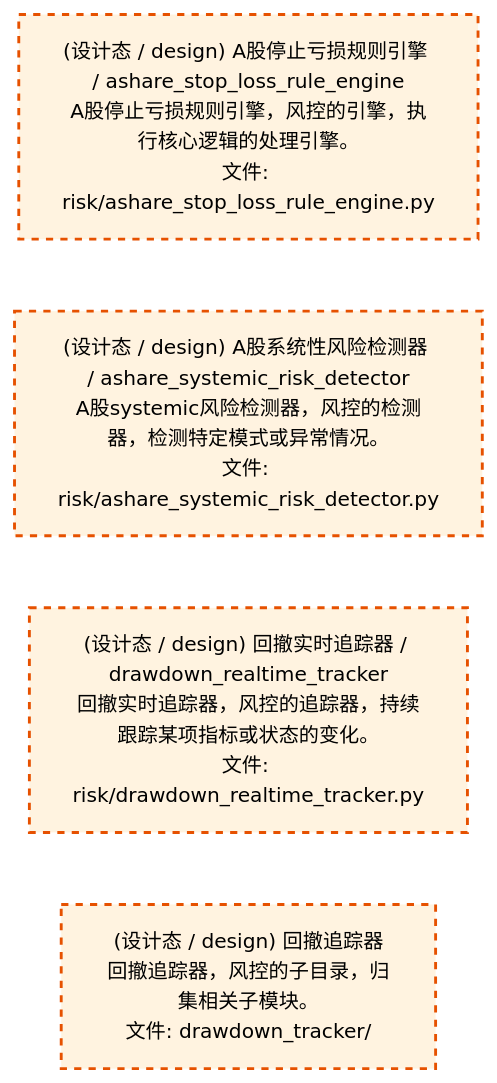
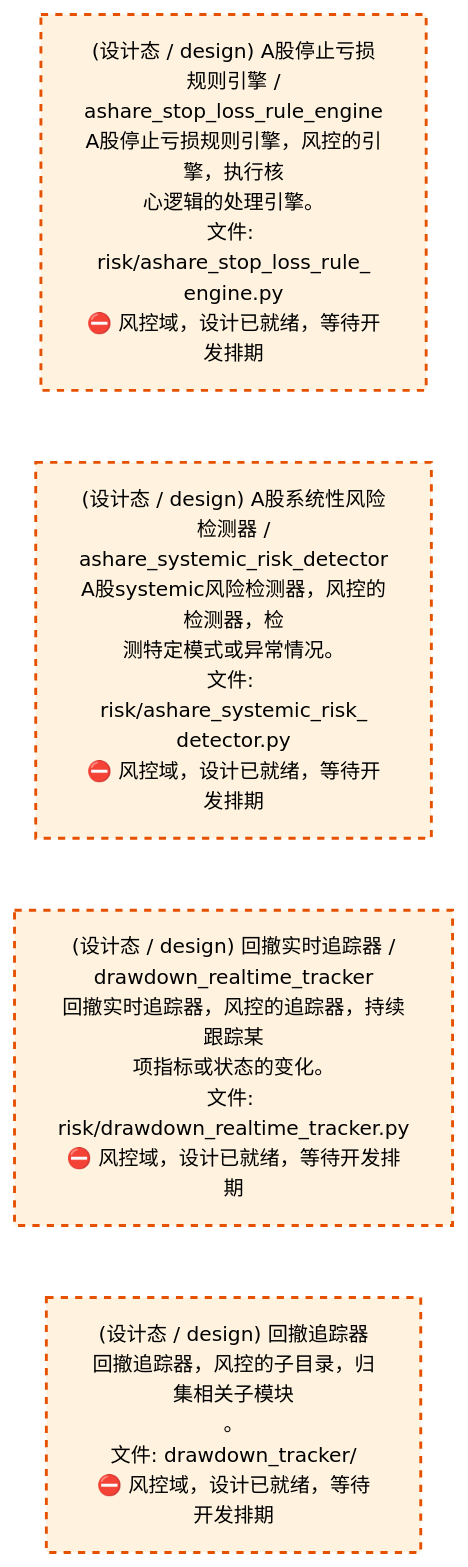
Before and after one commit to xuanFelixVan/ZephyrAlpha: the third of 4 diagrams in docs/02_enterprise_architecture/02_domain_architecture_docs/65_d_risk.md, drawn with Mermaid. The commit also changed other lines of this file and 59 other files, not shown here.

````diff
--- a/docs/02_enterprise_architecture/02_domain_architecture_docs/65_d_risk.md
+++ b/docs/02_enterprise_architecture/02_domain_architecture_docs/65_d_risk.md
@@ -181,16 +181,16 @@
 ```mermaid
 %%{init: {'theme': 'base', 'themeVariables': {'primaryColor': '#eaeaea', 'primaryTextColor': '#333333', 'primaryBorderColor': '#666666', 'lineColor': '#666666', 'secondaryColor': '#eaeaea', 'tertiaryColor': '#eaeaea', 'fontSize': '14px'}}}%%
 flowchart TD
-    src_zephyr_risk_ashare_stop_loss_rule_engine_py["(设计态 / design) A股停止亏损规则引擎 / ashare_stop_loss_rule_engine<br/>A股停止亏损规则引擎，风控的引擎，执行核心逻辑的处理引擎。<br/>文件: risk/ashare_stop_loss_rule_engine.py"]
-    src_zephyr_risk_ashare_systemic_risk_detector_py["(设计态 / design) A股系统性风险检测器 / ashare_systemic_risk_detector<br/>A股systemic风险检测器，风控的检测器，检测特定模式或异常情况。<br/>文件: risk/ashare_systemic_risk_detector.py"]
-    src_zephyr_risk_drawdown_realtime_tracker_py["(设计态 / design) 回撤实时追踪器 / drawdown_realtime_tracker<br/>回撤实时追踪器，风控的追踪器，持续跟踪某项指标或状态的变化。<br/>文件: risk/drawdown_realtime_tracker.py"]
-    src_zephyr_risk_drawdown_tracker["(设计态 / design) 回撤追踪器<br/>回撤追踪器，风控的子目录，归集相关子模块。<br/>文件: drawdown_tracker/"]
+    src_zephyr_risk_ashare_stop_loss_rule_engine_py["(设计态 / design) A股停止亏损规则引擎 /<br/>ashare_stop_loss_rule_engine<br/>A股停止亏损规则引擎，风控的引擎，执行核<br/>心逻辑的处理引擎。<br/>文件: risk/ashare_stop_loss_rule_<br/>engine.py<br/>⛔ 风控域，设计已就绪，等待开发排期"]
+    src_zephyr_risk_ashare_systemic_risk_detector_py["(设计态 / design) A股系统性风险检测器 /<br/>ashare_systemic_risk_detector<br/>A股systemic风险检测器，风控的检测器，检<br/>测特定模式或异常情况。<br/>文件: risk/ashare_systemic_risk_<br/>detector.py<br/>⛔ 风控域，设计已就绪，等待开发排期"]
+    src_zephyr_risk_drawdown_realtime_tracker_py["(设计态 / design) 回撤实时追踪器 /<br/>drawdown_realtime_tracker<br/>回撤实时追踪器，风控的追踪器，持续跟踪某<br/>项指标或状态的变化。<br/>文件: risk/drawdown_realtime_tracker.py<br/>⛔ 风控域，设计已就绪，等待开发排期"]
+    src_zephyr_risk_drawdown_tracker["(设计态 / design) 回撤追踪器<br/>回撤追踪器，风控的子目录，归集相关子模块<br/>。<br/>文件: drawdown_tracker/<br/>⛔ 风控域，设计已就绪，等待开发排期"]
     src_zephyr_risk_ashare_stop_loss_rule_engine_py ~~~ src_zephyr_risk_ashare_systemic_risk_detector_py
     src_zephyr_risk_ashare_systemic_risk_detector_py ~~~ src_zephyr_risk_drawdown_realtime_tracker_py
     src_zephyr_risk_drawdown_realtime_tracker_py ~~~ src_zephyr_risk_drawdown_tracker
     classDef production fill:#e1f5fe,stroke:#01579b,stroke-width:2px,color:#000
     classDef design fill:#fff3e0,stroke:#e65100,stroke-width:2px,color:#000,stroke-dasharray: 5 5
     classDef external_prod fill:#e8f4fd,stroke:#0277bd,stroke-width:1px,color:#000
     classDef external_design fill:#fff8e7,stroke:#ef6c00,stroke-width:1px,color:#000,stroke-dasharray: 5 5
     class src_zephyr_risk_ashare_stop_loss_rule_engine_py,src_zephyr_risk_ashare_systemic_risk_detector_py,src_zephyr_risk_drawdown_realtime_tracker_py,src_zephyr_risk_drawdown_tracker design
 ```
````
